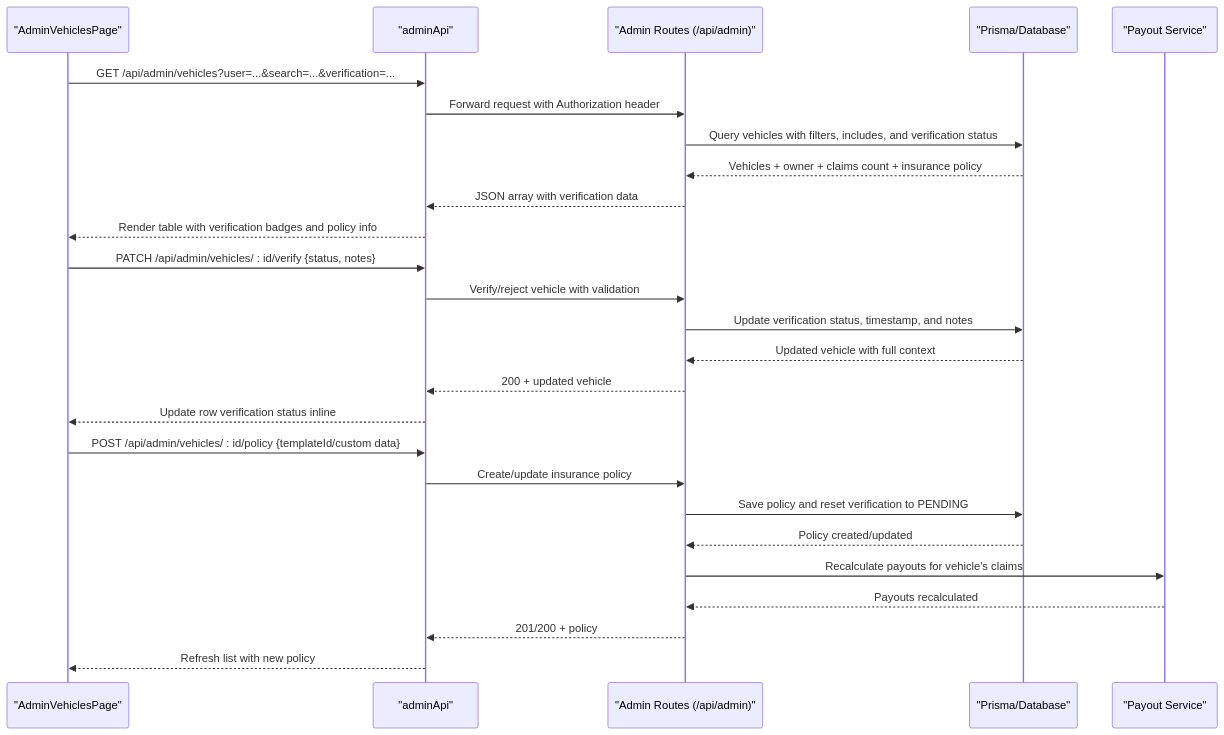
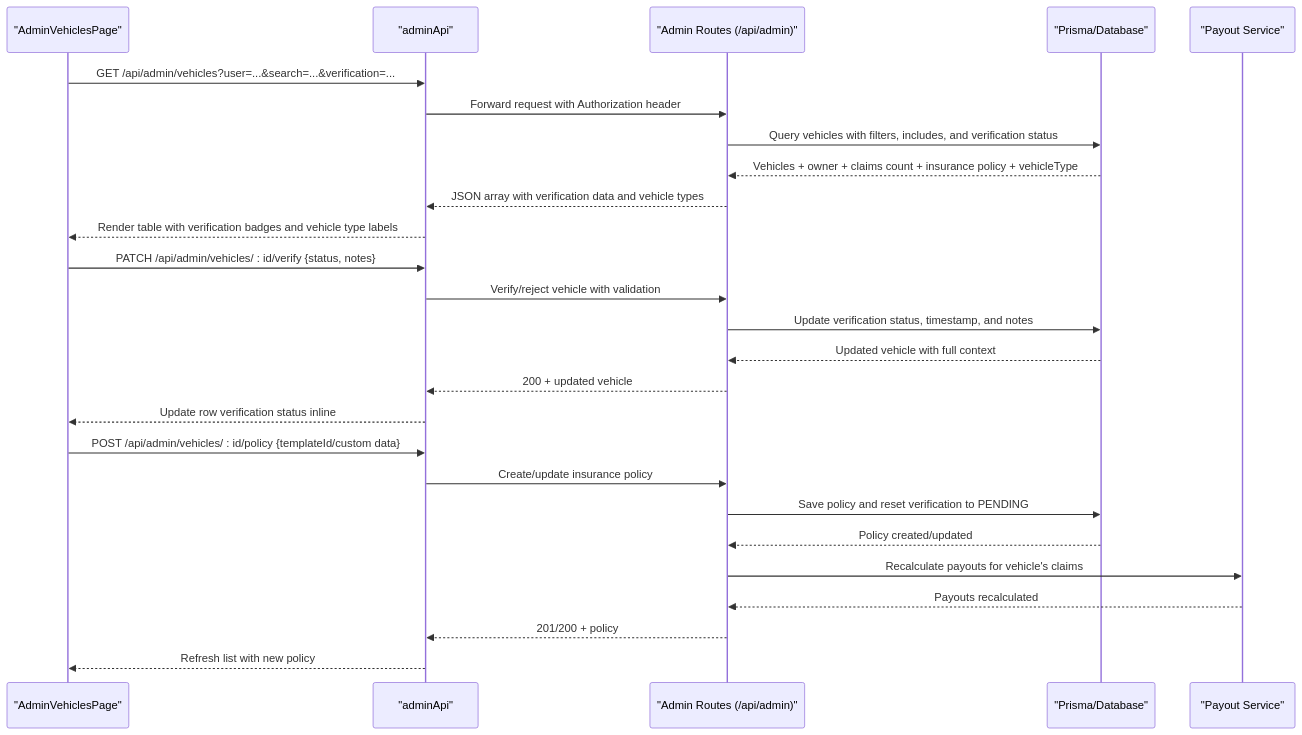
Before and after one commit to NaveenHiranya/Smart-Vehicle-Insurance-Claim-System: the second of 3 diagrams in .qoder/repowiki/en/content/Frontend Documentation/Pages and Views/Admin Pages/Admin Vehicles Page.md, drawn with Mermaid. The commit also changed other lines of this file and 17 other files, not shown here.

````diff
--- a/.qoder/repowiki/en/content/Frontend Documentation/Pages and Views/Admin Pages/Admin Vehicles Page.md
+++ b/.qoder/repowiki/en/content/Frontend Documentation/Pages and Views/Admin Pages/Admin Vehicles Page.md
@@ -101,28 +108,28 @@
 ```mermaid
 sequenceDiagram
 participant UI as "AdminVehiclesPage"
 participant API as "adminApi"
 participant R as "Admin Routes (/api/admin)"
 participant DB as "Prisma/Database"
 participant PS as "Payout Service"
 UI->>API : GET /api/admin/vehicles?user=...&search=...&verification=...
 API->>R : Forward request with Authorization header
 R->>DB : Query vehicles with filters, includes, and verification status
-DB-->>R : Vehicles + owner + claims count + insurance policy
-R-->>API : JSON array with verification data
-API-->>UI : Render table with verification badges and policy info
+DB-->>R : Vehicles + owner + claims count + insurance policy + vehicleType
+R-->>API : JSON array with verification data and vehicle types
+API-->>UI : Render table with verification badges and vehicle type labels
 UI->>API : PATCH /api/admin/vehicles/ : id/verify {status, notes}
 API->>R : Verify/reject vehicle with validation
 R->>DB : Update verification status, timestamp, and notes
 DB-->>R : Updated vehicle with full context
 R-->>API : 200 + updated vehicle
 API-->>UI : Update row verification status inline
 UI->>API : POST /api/admin/vehicles/ : id/policy {templateId/custom data}
 API->>R : Create/update insurance policy
 R->>DB : Save policy and reset verification to PENDING
 DB-->>R : Policy created/updated
 R->>PS : Recalculate payouts for vehicle's claims
 PS-->>R : Payouts recalculated
 R-->>API : 201/200 + policy
 API-->>UI : Refresh list with new policy
 ```
````
